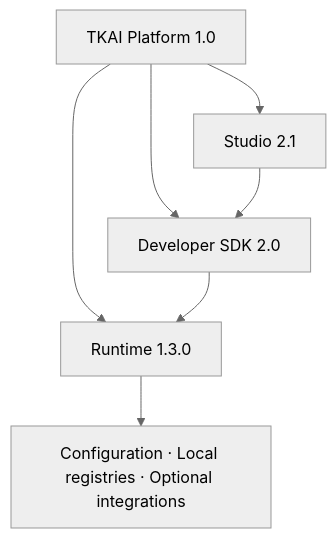
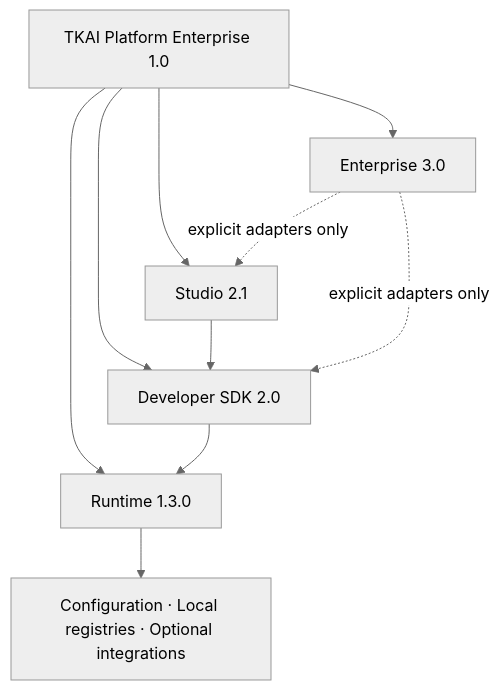
One commit to laow79616-ai/TKAI changed the diagram in docs/Platform.md. Above: the diagram before and after it, drawn with Mermaid (neutral theme). The commit also changed other lines of this file and 11 other files, not shown here.

Commit message:
chore(release): prepare tkai platform enterprise 1.0 general availability

````diff
--- a/docs/Platform.md
+++ b/docs/Platform.md
@@ -19,9 +21,12 @@
 ```mermaid
 flowchart TD
-    Platform["TKAI Platform 1.0"] --> Studio["Studio 2.1"]
+    Platform["TKAI Platform Enterprise 1.0"] --> Enterprise["Enterprise 3.0"]
+    Platform --> Studio["Studio 2.1"]
     Platform --> SDK["Developer SDK 2.0"]
     Platform --> Runtime["Runtime 1.3.0"]
     Studio --> SDK
     SDK --> Runtime
+    Enterprise -. explicit adapters only .-> Studio
+    Enterprise -. explicit adapters only .-> SDK
     Runtime --> Infrastructure["Configuration · Local registries · Optional integrations"]
 ```
````
